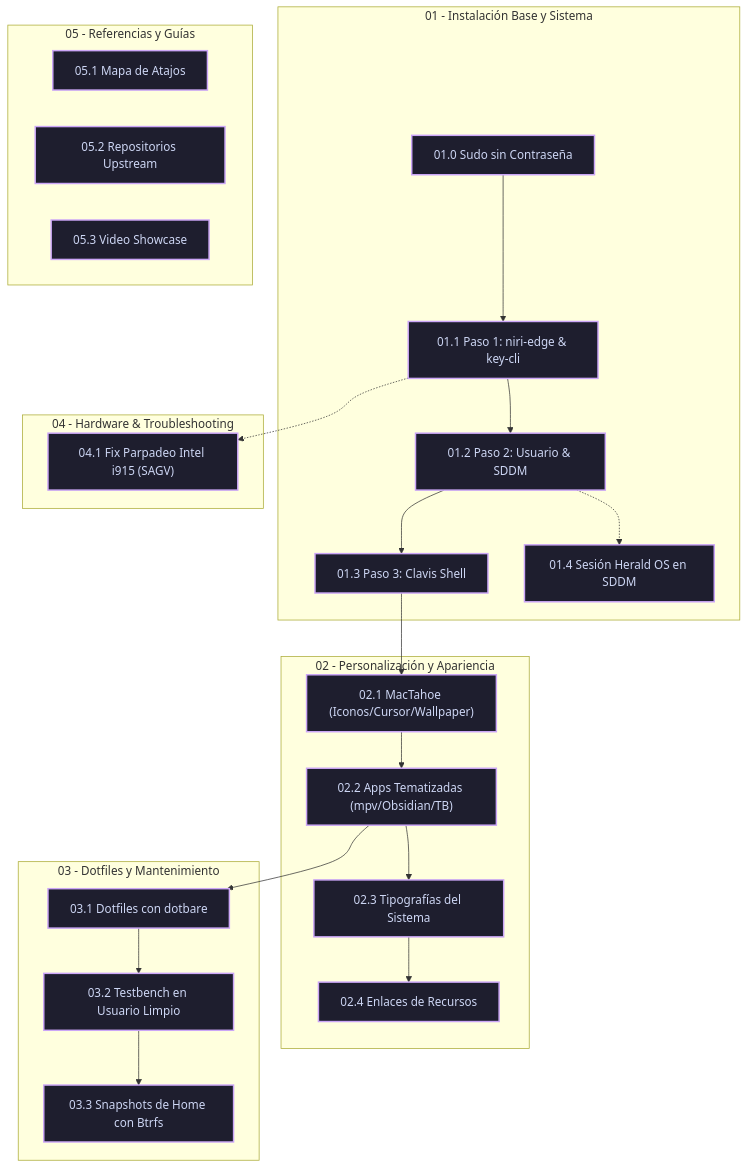
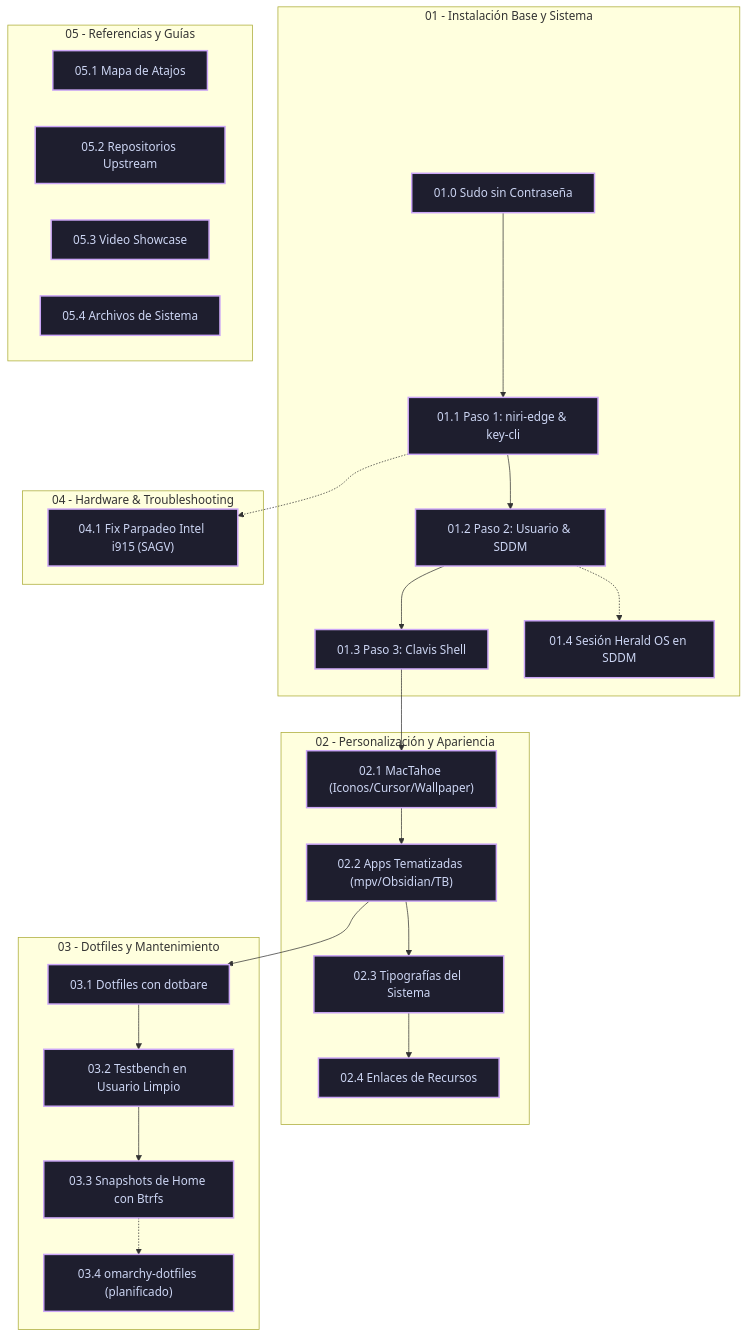
Before and after one commit to robert-flo/PJ-NIRI-rf-omarchy-playbooks: the diagram in 00 - Indice General (MOC).md, drawn with Mermaid. The commit also changed other lines of this file and 23 other files, not shown here.

First line of the commit message:
docs: forks personal como fuente, flujo sura -> niri y archivos de sistema

````diff
--- a/00 - Indice General (MOC).md
+++ b/00 - Indice General (MOC).md
@@ -36,35 +36,37 @@
 ```mermaid
 flowchart TD
     subgraph Fase1["01 - Instalación Base y Sistema"]
         A["01.0 Sudo sin Contraseña"] --> B["01.1 Paso 1: niri-edge & key-cli"]
         B --> C["01.2 Paso 2: Usuario & SDDM"]
         C --> D["01.3 Paso 3: Clavis Shell"]
         C -.-> P["01.4 Sesión Herald OS en SDDM"]
     end
 
     subgraph Fase2["02 - Personalización y Apariencia"]
         D --> E["02.1 MacTahoe (Iconos/Cursor/Wallpaper)"]
         E --> F["02.2 Apps Tematizadas (mpv/Obsidian/TB)"]
         F --> G["02.3 Tipografías del Sistema"]
         G --> H["02.4 Enlaces de Recursos"]
     end
 
     subgraph Fase3["03 - Dotfiles y Mantenimiento"]
         F --> I["03.1 Dotfiles con dotbare"]
         I --> J["03.2 Testbench en Usuario Limpio"]
         J --> K["03.3 Snapshots de Home con Btrfs"]
+        K -.-> Q["03.4 omarchy-dotfiles (planificado)"]
     end
 
     subgraph Fase4["04 - Hardware & Troubleshooting"]
         B -.-> L["04.1 Fix Parpadeo Intel i915 (SAGV)"]
     end
 
     subgraph Fase5["05 - Referencias y Guías"]
         M["05.1 Mapa de Atajos"]
         N["05.2 Repositorios Upstream"]
         O["05.3 Video Showcase"]
+        R["05.4 Archivos de Sistema"]
     end
 
     classDef default fill:#1e1e2e,stroke:#cba6f7,stroke-width:2px,color:#cdd6f4;
     classDef phase fill:#181825,stroke:#89b4fa,stroke-width:2px,color:#89b4fa;
 ```
````
